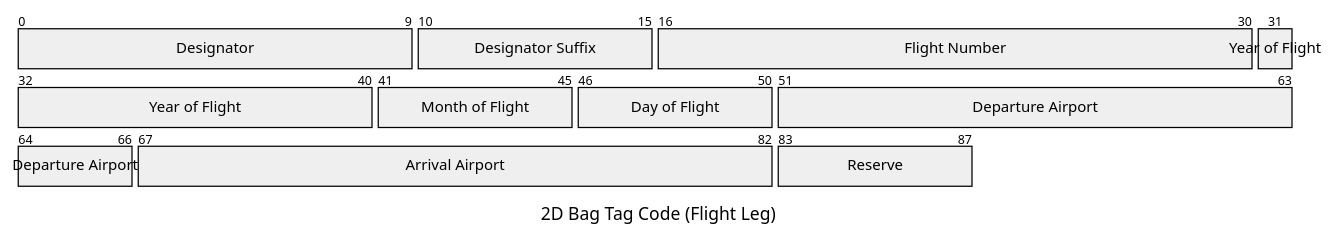
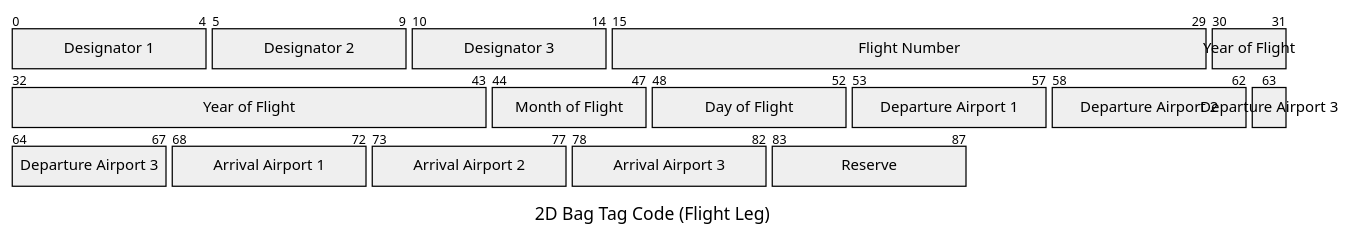
One commit to meisterm/Iata2DLicensePlateDraft changed the second of 2 diagrams in README.md. Above: the diagram before and after it, drawn with Mermaid. The commit also changed other lines of this file and 24 other files, not shown here.

````diff
--- a/README.md
+++ b/README.md
@@ -64,13 +64,18 @@
 ```mermaid
 packet-beta
 title 2D Bag Tag Code (Flight Leg)
-0-9: "Designator"
-10-15: "Designator Suffix"
-16-30: "Flight Number"
-31-40: "Year of Flight"
-41-45: "Month of Flight"
-46-50: "Day of Flight"
-51-66: "Departure Airport"
-67-82: "Arrival Airport"
+0-4: "Designator 1"
+5-9: "Designator 2"
+10-14: "Designator 3"
+15-29: "Flight Number"
+30-43: "Year of Flight"
+44-47: "Month of Flight"
+48-52: "Day of Flight"
+53-57: "Departure Airport 1"
+58-62: "Departure Airport 2"
+63-67: "Departure Airport 3"
+68-72: "Arrival Airport 1"
+73-77: "Arrival Airport 2"
+78-82: "Arrival Airport 3"
 83-87: "Reserve"
 ```
````
